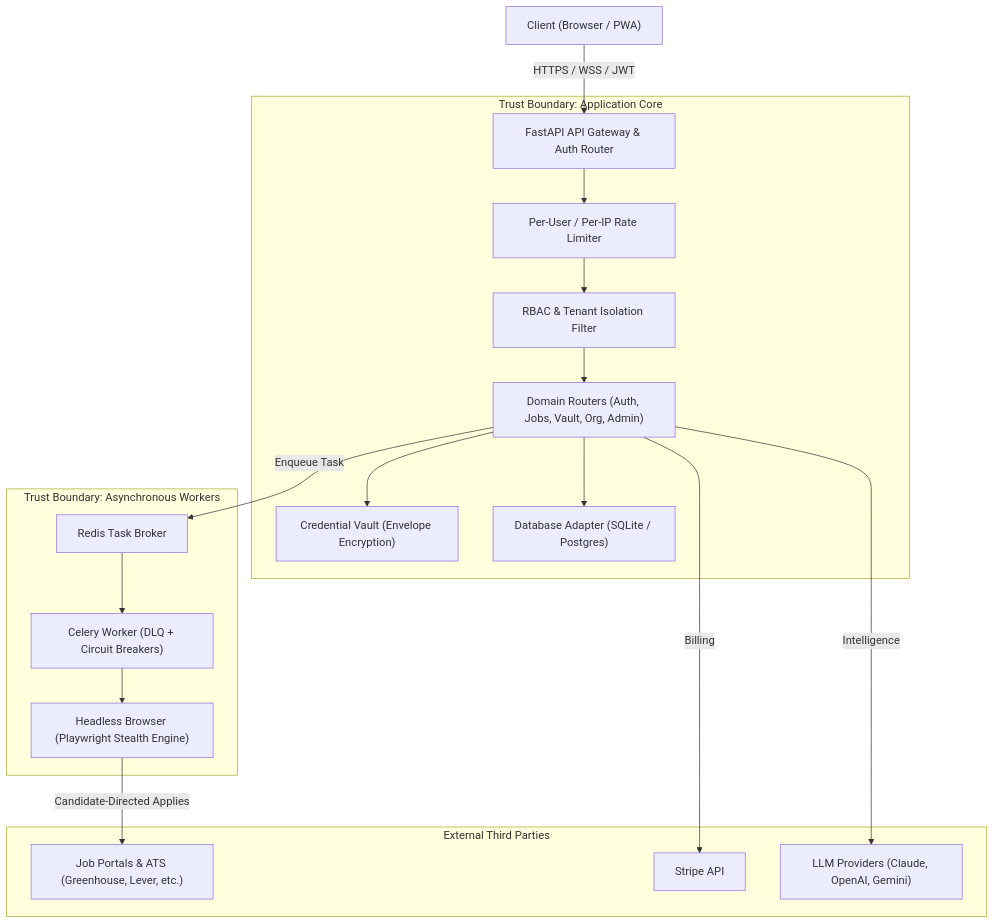
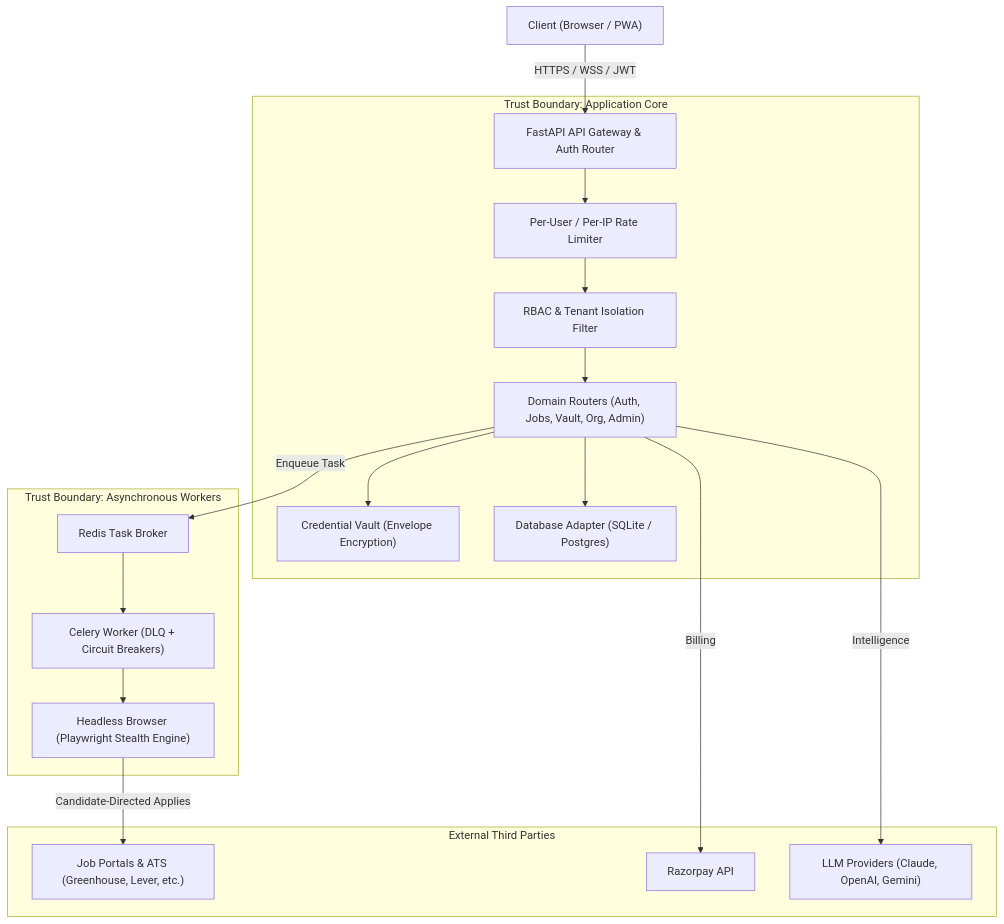
The diagram in docs/THREAT_MODEL.md (satyajit7018/JobCopilot), drawn with Mermaid before and after one commit. The commit also changed other lines of this file and 58 other files, not shown here.

````diff
--- a/docs/THREAT_MODEL.md
+++ b/docs/THREAT_MODEL.md
@@ -24,24 +24,24 @@
 ```mermaid
 graph TD
     Client["Client (Browser / PWA)"] -->|HTTPS / WSS / JWT| APIGateway["FastAPI API Gateway & Auth Router"]
     
     subgraph "Trust Boundary: Application Core"
         APIGateway --> RateLimiter["Per-User / Per-IP Rate Limiter"]
         RateLimiter --> RBAC["RBAC & Tenant Isolation Filter"]
         RBAC --> Routers["Domain Routers (Auth, Jobs, Vault, Org, Admin)"]
         Routers --> CredVault["Credential Vault (Envelope Encryption)"]
         Routers --> DBAdapter["Database Adapter (SQLite / Postgres)"]
     end
     
     subgraph "Trust Boundary: Asynchronous Workers"
         Routers -->|Enqueue Task| RedisBroker["Redis Task Broker"]
         RedisBroker --> CeleryWorker["Celery Worker (DLQ + Circuit Breakers)"]
         CeleryWorker --> StealthBot["Headless Browser (Playwright Stealth Engine)"]
     end
     
     subgraph "External Third Parties"
         StealthBot -->|Candidate-Directed Applies| ATS["Job Portals & ATS (Greenhouse, Lever, etc.)"]
-        Routers -->|Billing| Stripe["Stripe API"]
+        Routers -->|Billing| Razorpay["Razorpay API"]
         Routers -->|Intelligence| LLM["LLM Providers (Claude, OpenAI, Gemini)"]
     end
 ```
````
